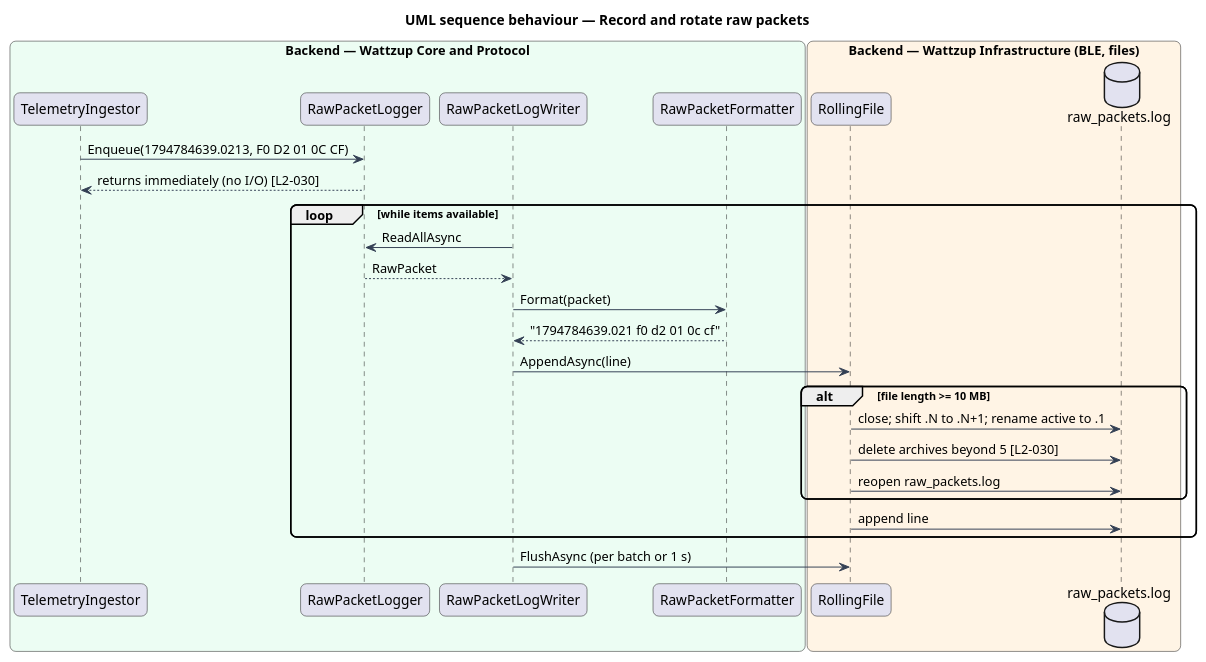
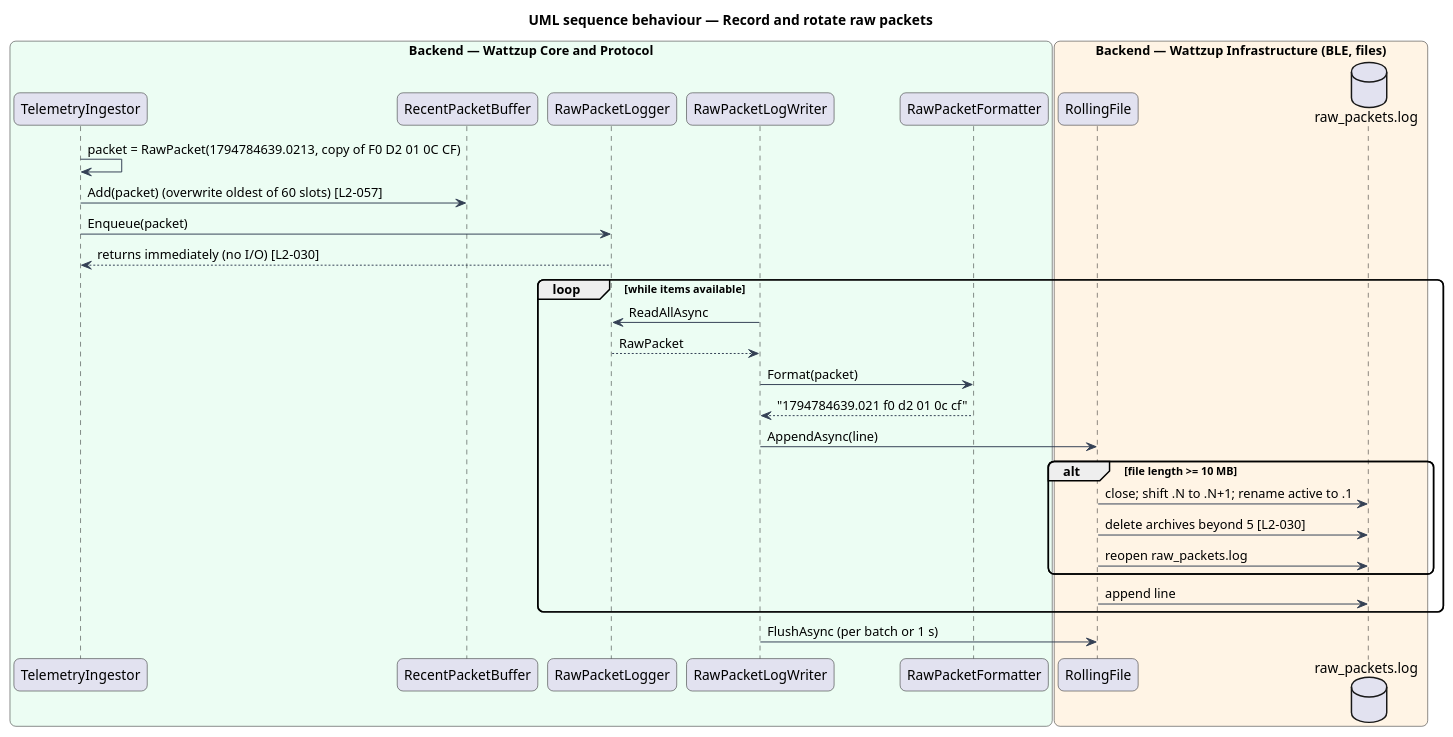
The diagram in docs/detailed-designs/telemetry/log-raw-packets/diagrams/sequence-record-and-rotate.puml (QuinntyneBrown/ride-one), drawn with PlantUML before and after one commit. The commit also changed 265 other files, not shown here.

```diff
--- a/docs/detailed-designs/telemetry/log-raw-packets/diagrams/sequence-record-and-rotate.puml
+++ b/docs/detailed-designs/telemetry/log-raw-packets/diagrams/sequence-record-and-rotate.puml
@@ -1,35 +1,38 @@
 @startuml
 title UML sequence behaviour — Record and rotate raw packets
 skinparam backgroundColor #FFFFFF
 skinparam shadowing false
 skinparam roundcorner 12
 skinparam defaultFontName Arial
 skinparam ArrowColor #344054
 box "Backend — Wattzup Core and Protocol" #ECFDF3
   participant "TelemetryIngestor" as ing
+  participant "RecentPacketBuffer" as recent
   participant "RawPacketLogger" as logger
   participant "RawPacketLogWriter" as writer
   participant "RawPacketFormatter" as fmt
 end box
 box "Backend — Wattzup Infrastructure (BLE, files)" #FFF4E5
   participant "RollingFile" as roll
   database "raw_packets.log" as file
 end box
 
-ing -> logger : Enqueue(1794784639.0213, F0 D2 01 0C CF)
+ing -> ing : packet = RawPacket(1794784639.0213, copy of F0 D2 01 0C CF)
+ing -> recent : Add(packet) (overwrite oldest of 60 slots) [L2-057]
+ing -> logger : Enqueue(packet)
 logger --> ing : returns immediately (no I/O) [L2-030]
 loop while items available
   writer -> logger : ReadAllAsync
   logger --> writer : RawPacket
   writer -> fmt : Format(packet)
   fmt --> writer : "1794784639.021 f0 d2 01 0c cf"
   writer -> roll : AppendAsync(line)
   alt file length >= 10 MB
     roll -> file : close; shift .N to .N+1; rename active to .1
     roll -> file : delete archives beyond 5 [L2-030]
     roll -> file : reopen raw_packets.log
   end
   roll -> file : append line
 end
 writer -> roll : FlushAsync (per batch or 1 s)
 @enduml
```
